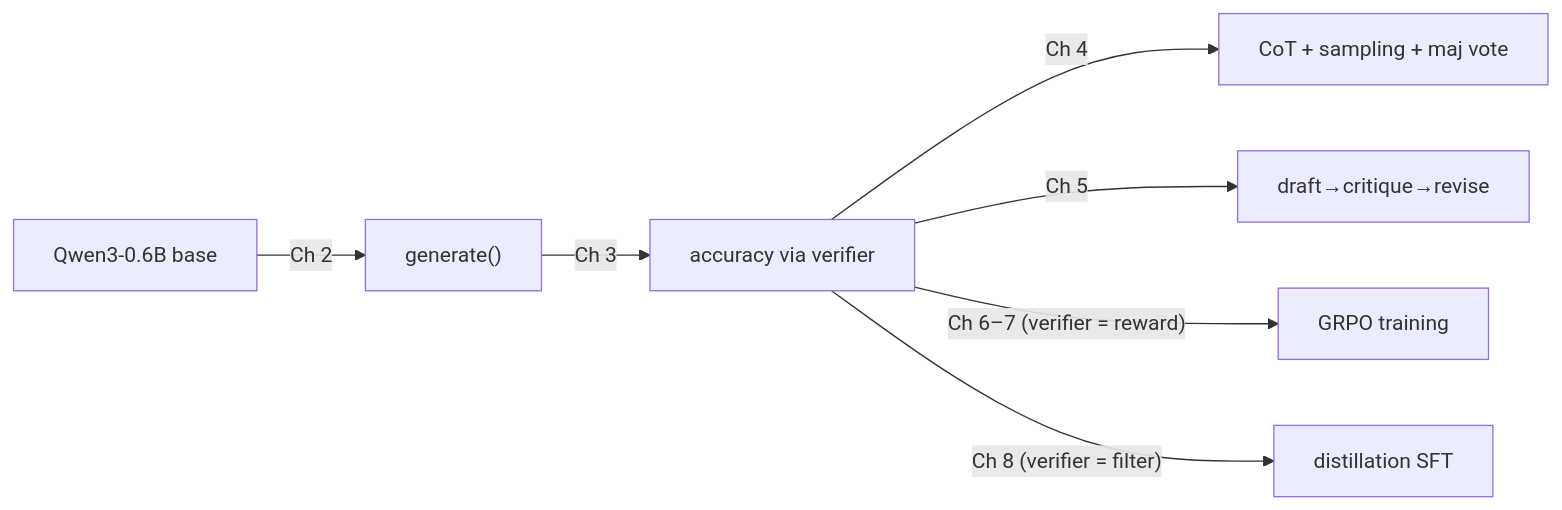
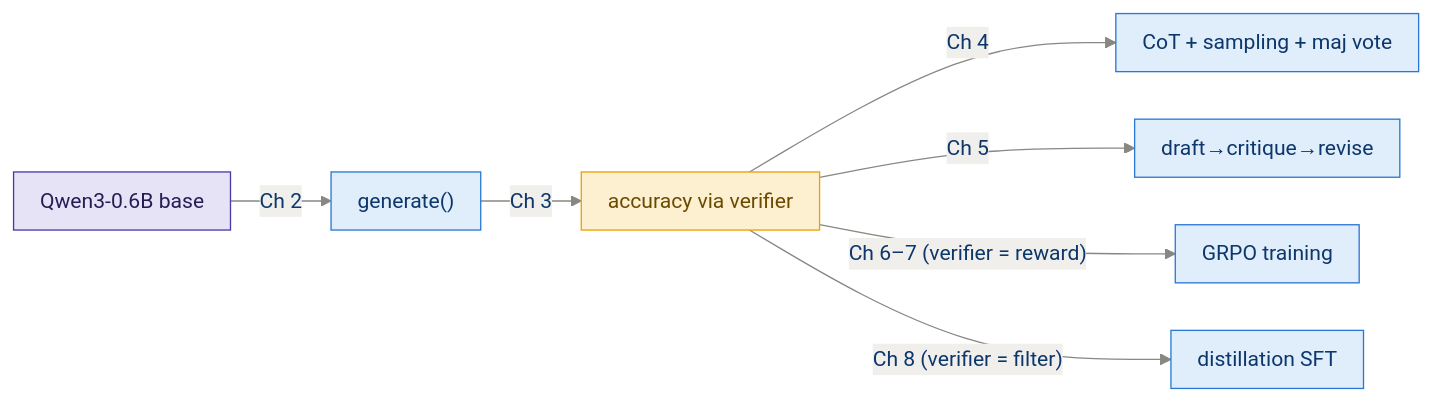
One commit to sudhanshu-shivam-dev/reasoning_model_from_scratch changed the first of 2 diagrams in study_guide/cheatsheet.md. Above: the diagram before and after it, drawn with Mermaid. The commit also changed other lines of this file and 14 other files, not shown here.

First line of the commit message:
Restyle all 54 diagrams: consistent palette, semantic colors, better spacing

````diff
--- a/study_guide/cheatsheet.md
+++ b/study_guide/cheatsheet.md
@@ -10,9 +10,14 @@
 ```mermaid
+%%{init: {"theme":"base","themeVariables":{"primaryColor":"#e0edfb","primaryTextColor":"#0d366b","primaryBorderColor":"#2a78d6","lineColor":"#898781","textColor":"#52514e","edgeLabelBackground":"#f0efec","clusterBkg":"rgba(137,135,129,0.07)","clusterBorder":"#a9a7a0","titleColor":"#898781"},"flowchart":{"nodeSpacing":36,"rankSpacing":44,"curve":"basis","padding":10}}}%%
 flowchart LR
     BASE["Qwen3-0.6B base"] -->|Ch 2| GEN["generate()"]
     GEN -->|Ch 3| ACC["accuracy via verifier"]
     ACC -->|Ch 4| VOTE["CoT + sampling + maj vote"]
     ACC -->|Ch 5| REF["draft→critique→revise"]
     ACC -->|"Ch 6–7 (verifier = reward)"| GRPO["GRPO training"]
     ACC -->|"Ch 8 (verifier = filter)"| DIST["distillation SFT"]
+    classDef model fill:#e6e3f7,stroke:#4a3aa7,color:#251d54
+    classDef dec fill:#fdf0d1,stroke:#eda100,color:#6b4a00
+    class BASE model
+    class ACC dec
 ```
````
